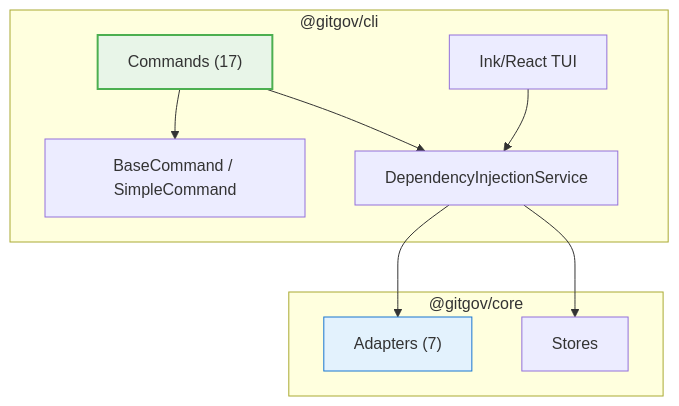
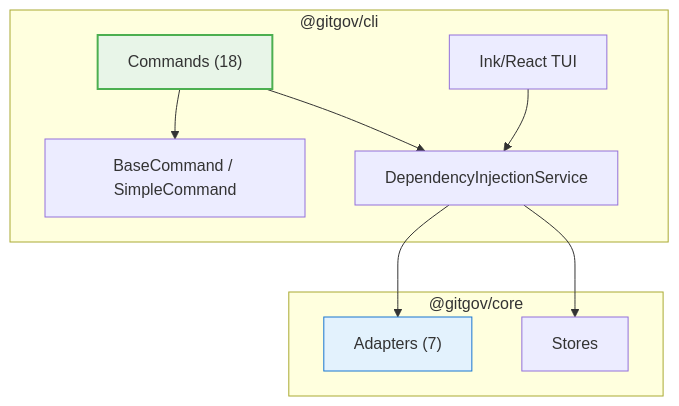
The diagram in packages/cli/README.md (gitgovernance/monorepo), drawn with Mermaid before and after one commit. The commit also changed other lines of this file and 15 other files, not shown here.

First line of the commit message:
chore(core,cli): remove DiagramGenerator and the gitgov diagram command

````diff
--- a/packages/cli/README.md
+++ b/packages/cli/README.md
@@ -147,24 +146,24 @@
 ```mermaid
 graph TD
     subgraph "@gitgov/cli"
-        Commands["Commands (17)"]
+        Commands["Commands (18)"]
         Base["BaseCommand / SimpleCommand"]
         DI["DependencyInjectionService"]
         TUI["Ink/React TUI"]
 
         Commands --> Base
         Commands --> DI
         TUI --> DI
     end
 
     subgraph "@gitgov/core"
         Adapters["Adapters (7)"]
         Stores["Stores"]
     end
 
     DI --> Adapters
     DI --> Stores
 
     style Commands fill:#e8f5e8,stroke:#4caf50,stroke-width:2px
     style Adapters fill:#e3f2fd,stroke:#1976d2
 ```
````
